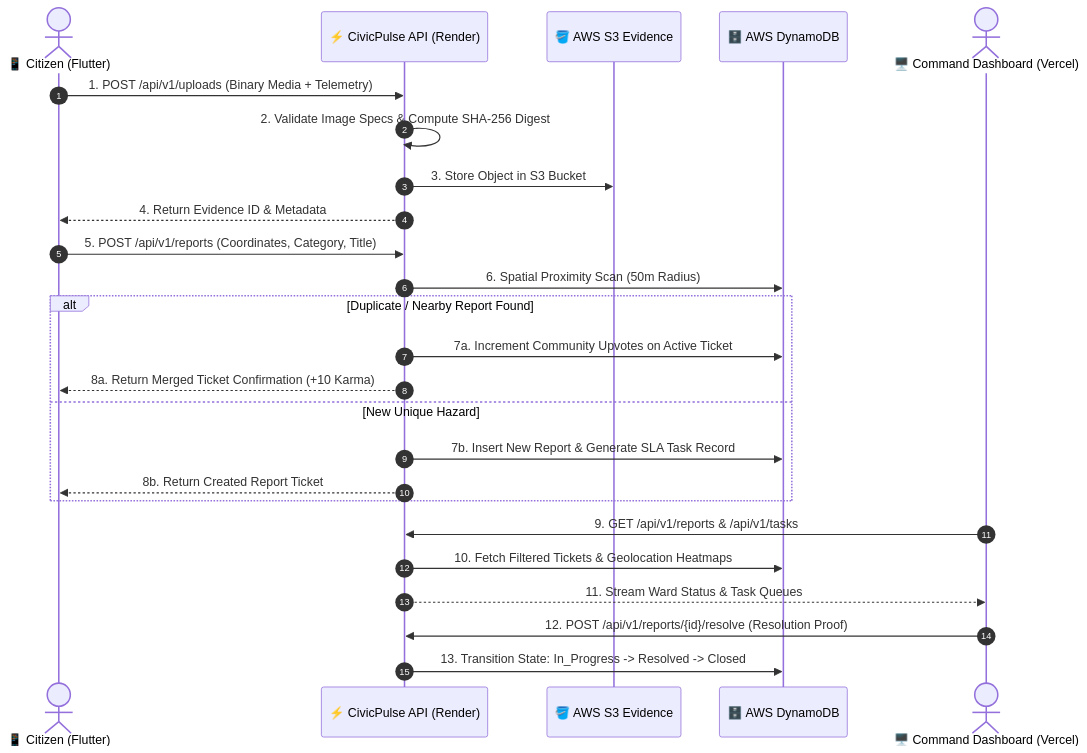
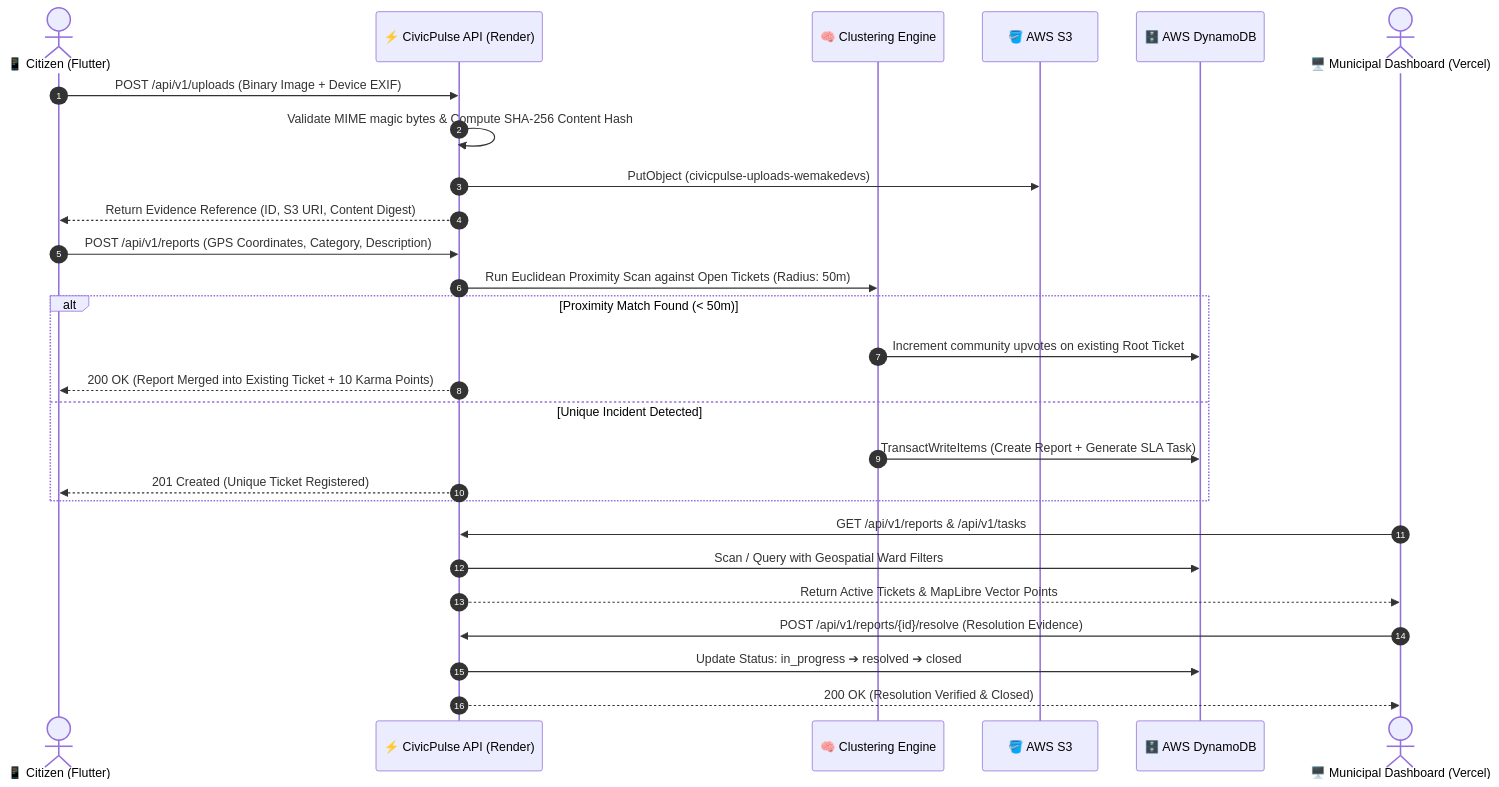
Before and after one commit to Kanishka105/MunicipalCorporation-awareness-and-Administartive: the second of 4 diagrams in README.md, drawn with Mermaid. The commit also changed other lines of this file, not shown here.

````diff
--- a/README.md
+++ b/README.md
@@ -88,28 +83,34 @@
 ```mermaid
 sequenceDiagram
     autonumber
     actor Citizen as 📱 Citizen (Flutter)
-    participant Core as ⚡ CivicPulse API (Render)
-    participant S3 as 🪣 AWS S3 Evidence
+    participant Gateway as ⚡ CivicPulse API (Render)
+    participant Engine as 🧠 Clustering Engine
+    participant S3 as 🪣 AWS S3
     participant DDB as 🗄️ AWS DynamoDB
-    actor Officer as 🖥️ Command Dashboard (Vercel)
+    actor Official as 🖥️ Municipal Dashboard (Vercel)
 
-    Citizen->>Core: 1. POST /api/v1/uploads (Binary Media + Telemetry)
-    Core->>Core: 2. Validate Image Specs & Compute SHA-256 Digest
-    Core->>S3: 3. Store Object in S3 Bucket
-    Core-->>Citizen: 4. Return Evidence ID & Metadata
-    Citizen->>Core: 5. POST /api/v1/reports (Coordinates, Category, Title)
-    Core->>DDB: 6. Spatial Proximity Scan (50m Radius)
-    alt Duplicate / Nearby Report Found
-        Core->>DDB: 7a. Increment Community Upvotes on Active Ticket
-        Core-->>Citizen: 8a. Return Merged Ticket Confirmation (+10 Karma)
-    else New Unique Hazard
-        Core->>DDB: 7b. Insert New Report & Generate SLA Task Record
-        Core-->>Citizen: 8b. Return Created Report Ticket
+    Citizen->>Gateway: POST /api/v1/uploads (Binary Image + Device EXIF)
+    Gateway->>Gateway: Validate MIME magic bytes & Compute SHA-256 Content Hash
+    Gateway->>S3: PutObject (civicpulse-uploads-wemakedevs)
+    Gateway-->>Citizen: Return Evidence Reference (ID, S3 URI, Content Digest)
+
+    Citizen->>Gateway: POST /api/v1/reports (GPS Coordinates, Category, Description)
+    Gateway->>Engine: Run Euclidean Proximity Scan against Open Tickets (Radius: 50m)
+
+    alt Proximity Match Found (< 50m)
+        Engine->>DDB: Increment community upvotes on existing Root Ticket
+        Gateway-->>Citizen: 200 OK (Report Merged into Existing Ticket + 10 Karma Points)
+    else Unique Incident Detected
+        Engine->>DDB: TransactWriteItems (Create Report + Generate SLA Task)
+        Gateway-->>Citizen: 201 Created (Unique Ticket Registered)
     end
-    Officer->>Core: 9. GET /api/v1/reports & /api/v1/tasks
-    Core->>DDB: 10. Fetch Filtered Tickets & Geolocation Heatmaps
-    Core-->>Officer: 11. Stream Ward Status & Task Queues
-    Officer->>Core: 12. POST /api/v1/reports/{id}/resolve (Resolution Proof)
-    Core->>DDB: 13. Transition State: In_Progress -> Resolved -> Closed
+
+    Official->>Gateway: GET /api/v1/reports & /api/v1/tasks
+    Gateway->>DDB: Scan / Query with Geospatial Ward Filters
+    Gateway-->>Official: Return Active Tickets & MapLibre Vector Points
+
+    Official->>Gateway: POST /api/v1/reports/{id}/resolve (Resolution Evidence)
+    Gateway->>DDB: Update Status: in_progress ➔ resolved ➔ closed
+    Gateway-->>Official: 200 OK (Resolution Verified & Closed)
 ```
````
